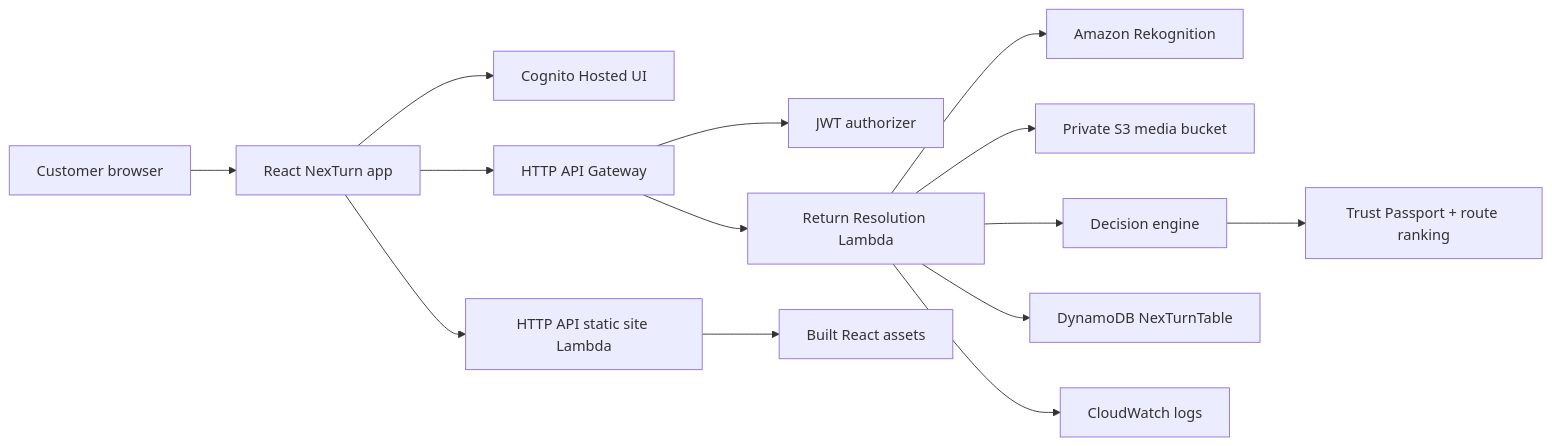
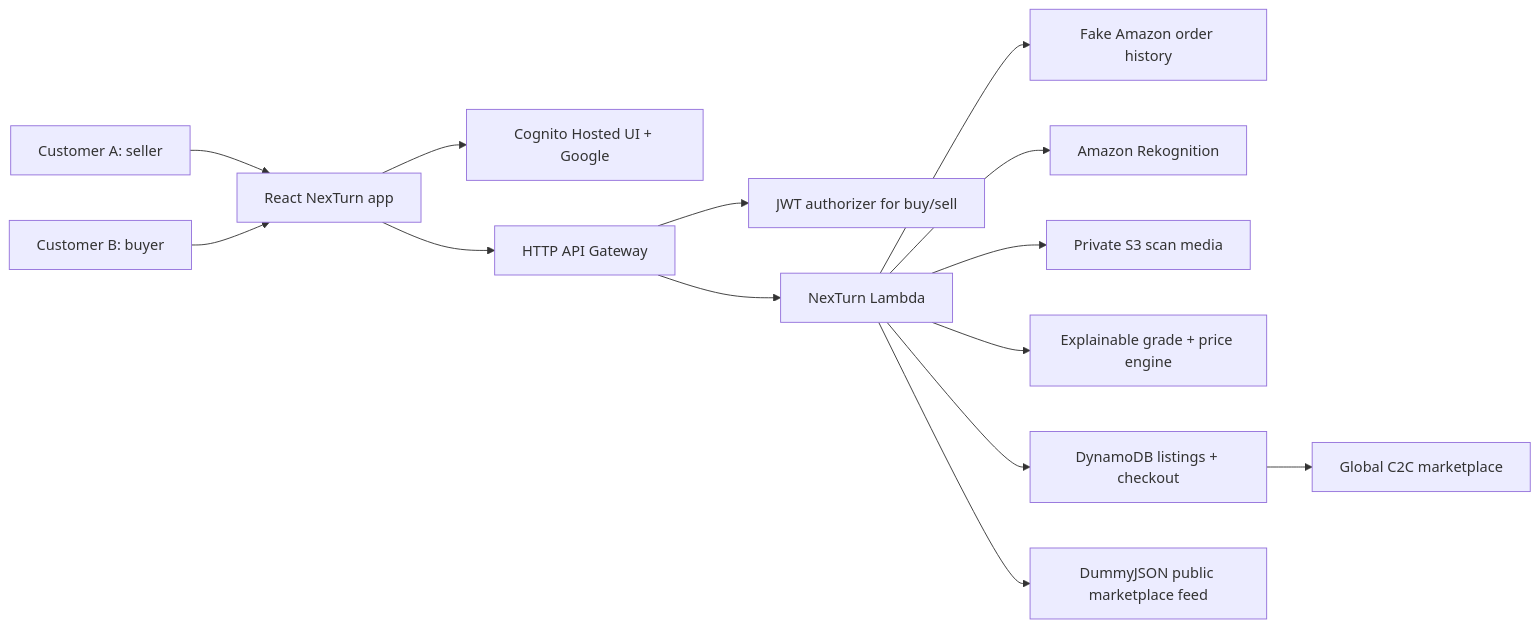
Before and after one commit to AKSHATSPAR/nexturn: the diagram in README.md, drawn with Mermaid. The commit also changed other lines of this file and 4 other files, not shown here.

Commit message:
docs: describe c2c marketplace architecture

````diff
--- a/README.md
+++ b/README.md
@@ -39,16 +44,16 @@
 ```mermaid
 flowchart LR
-  Customer["Customer browser"] --> Web["React NexTurn app"]
-  Web --> Auth["Cognito Hosted UI"]
+  Seller["Customer A: seller"] --> Web["React NexTurn app"]
+  Buyer["Customer B: buyer"] --> Web
+  Web --> Auth["Cognito Hosted UI + Google"]
   Web --> API["HTTP API Gateway"]
-  API --> JWT["JWT authorizer"]
-  API --> Lambda["Return Resolution Lambda"]
+  API --> JWT["JWT authorizer for buy/sell"]
+  API --> Lambda["NexTurn Lambda"]
+  Lambda --> Orders["Fake Amazon order history"]
   Lambda --> Rekognition["Amazon Rekognition"]
-  Lambda --> S3["Private S3 media bucket"]
-  Lambda --> Engine["Decision engine"]
-  Lambda --> DDB["DynamoDB NexTurnTable"]
-  Web --> Site["HTTP API static site Lambda"]
-  Site --> Assets["Built React assets"]
-  Lambda --> Logs["CloudWatch logs"]
-  Engine --> Passport["Trust Passport + route ranking"]
+  Lambda --> S3["Private S3 scan media"]
+  Lambda --> Scorecard["Explainable grade + price engine"]
+  Lambda --> DDB["DynamoDB listings + checkout"]
+  Lambda --> PublicFeed["DummyJSON public marketplace feed"]
+  DDB --> Marketplace["Global C2C marketplace"]
 ```
````
